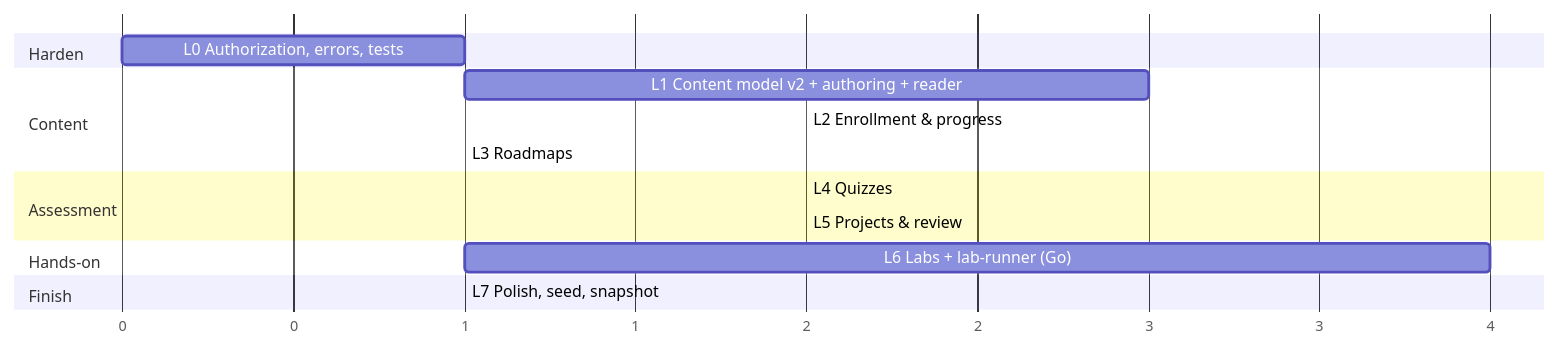
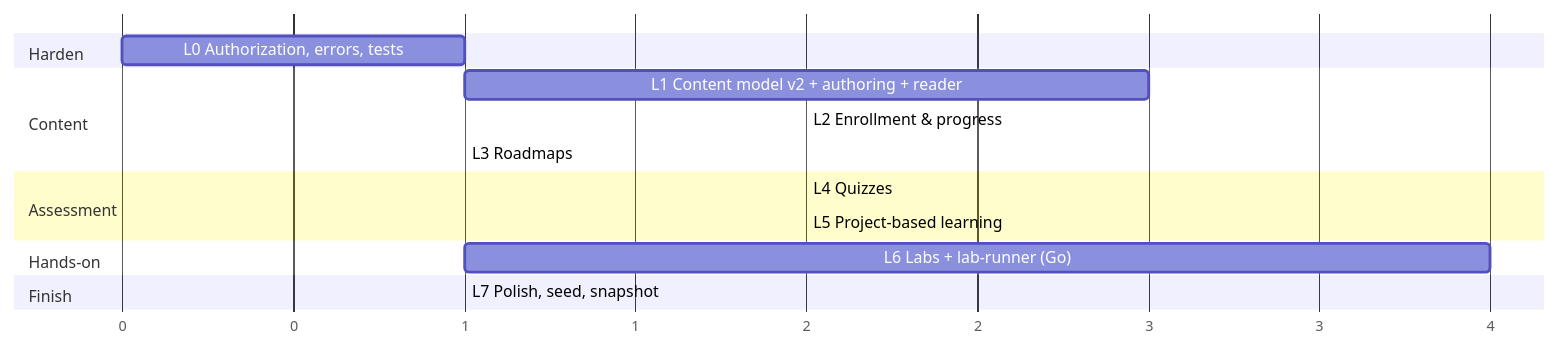
Before and after one commit to acegobugs-cpu/cyberCommunity: the diagram in docs/plan 01/06-roadmap.md, drawn with Mermaid. The commit also changed other lines of this file and 7 other files, not shown here.

````diff
--- a/docs/plan 01/06-roadmap.md
+++ b/docs/plan 01/06-roadmap.md
@@ -5,18 +5,18 @@
 ```mermaid
 gantt
     dateFormat  X
     axisFormat  %s
     section Harden
     L0 Authorization, errors, tests          :l0, 0, 1
     section Content
     L1 Content model v2 + authoring + reader :l1, after l0, 3
     L2 Enrollment & progress                 :l2, after l1, 2
     L3 Roadmaps                              :l3, after l2, 1
     section Assessment
     L4 Quizzes                               :l4, after l2, 2
-    L5 Projects & review                     :l5, after l4, 2
+    L5 Project-based learning                :l5, after l4, 2
     section Hands-on
     L6 Labs + lab-runner (Go)                :l6, after l3, 4
     section Finish
     L7 Polish, seed, snapshot                :l7, after l6, 1
 ```
````
